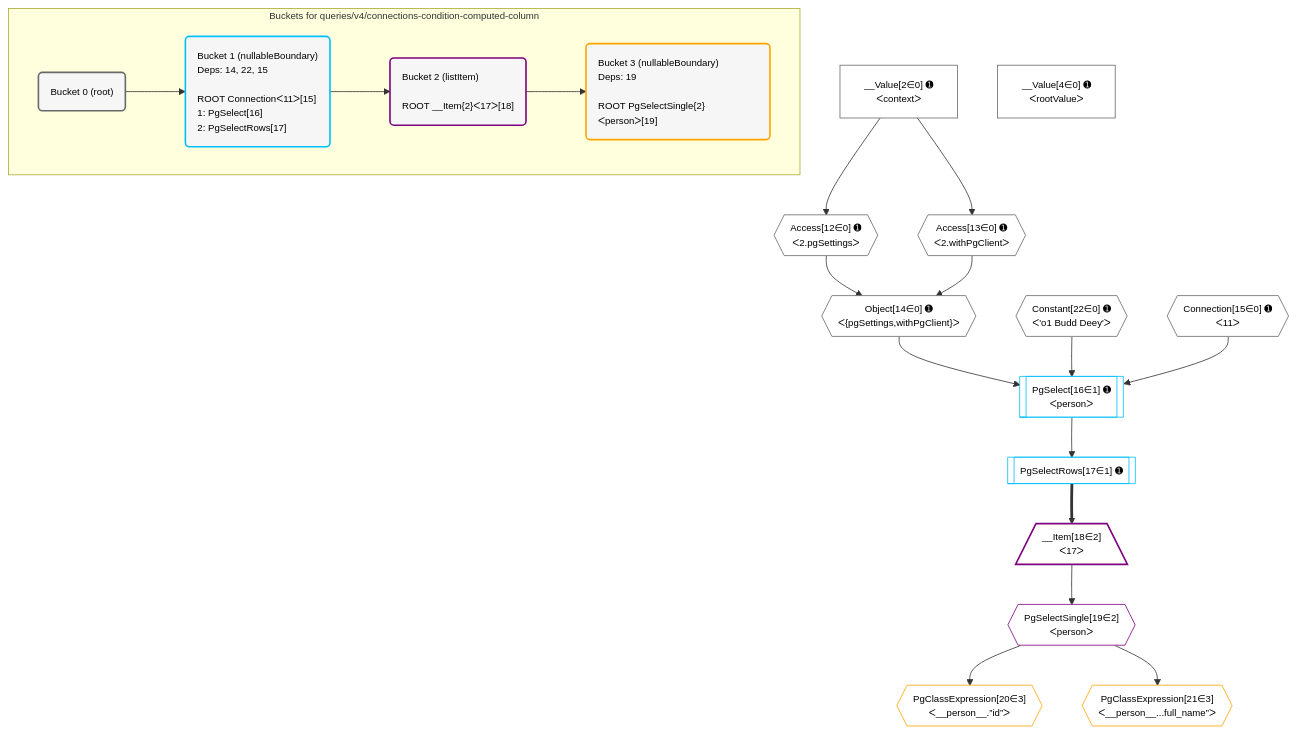
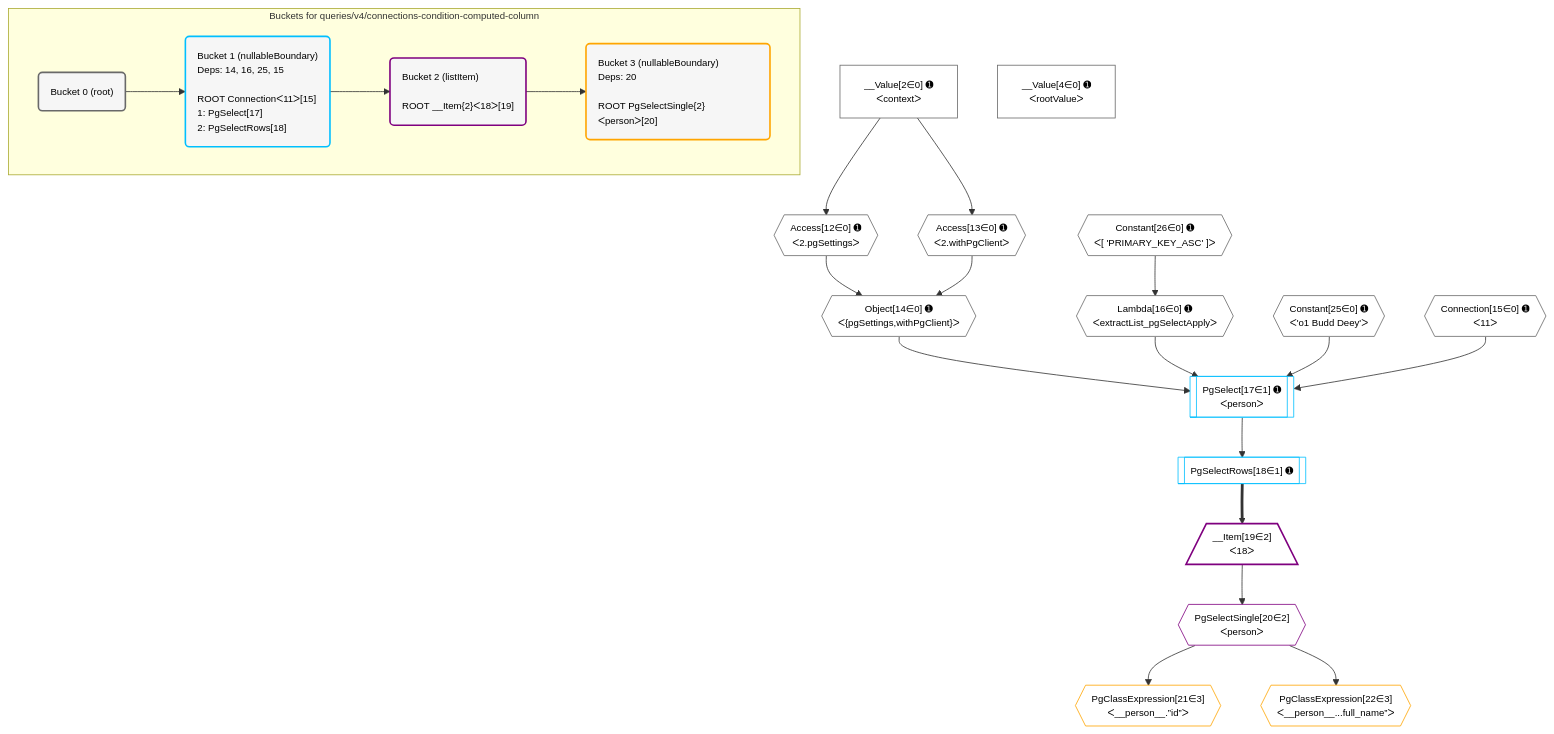
Before and after one commit to graphile/crystal: the diagram in postgraphile/postgraphile/__tests__/queries/v4/connections-condition-computed-column.mermaid, drawn with Mermaid. The commit also changed 78 other files, not shown here.

Commit message:
Update plan diagrams

```diff
--- a/postgraphile/postgraphile/__tests__/queries/v4/connections-condition-computed-column.mermaid
+++ b/postgraphile/postgraphile/__tests__/queries/v4/connections-condition-computed-column.mermaid
@@ -1,53 +1,56 @@
 %%{init: {'themeVariables': { 'fontSize': '12px'}}}%%
 graph TD
     classDef path fill:#eee,stroke:#000,color:#000
     classDef plan fill:#fff,stroke-width:1px,color:#000
     classDef itemplan fill:#fff,stroke-width:2px,color:#000
     classDef unbatchedplan fill:#dff,stroke-width:1px,color:#000
     classDef sideeffectplan fill:#fcc,stroke-width:2px,color:#000
     classDef bucket fill:#f6f6f6,color:#000,stroke-width:2px,text-align:left
 
 
     %% plan dependencies
     Object14{{"Object[14∈0] ➊<br />ᐸ{pgSettings,withPgClient}ᐳ"}}:::plan
     Access12{{"Access[12∈0] ➊<br />ᐸ2.pgSettingsᐳ"}}:::plan
     Access13{{"Access[13∈0] ➊<br />ᐸ2.withPgClientᐳ"}}:::plan
     Access12 & Access13 --> Object14
     __Value2["__Value[2∈0] ➊<br />ᐸcontextᐳ"]:::plan
     __Value2 --> Access12
     __Value2 --> Access13
+    Lambda16{{"Lambda[16∈0] ➊<br />ᐸextractList_pgSelectApplyᐳ"}}:::plan
+    Constant26{{"Constant[26∈0] ➊<br />ᐸ[ 'PRIMARY_KEY_ASC' ]ᐳ"}}:::plan
+    Constant26 --> Lambda16
     __Value4["__Value[4∈0] ➊<br />ᐸrootValueᐳ"]:::plan
     Connection15{{"Connection[15∈0] ➊<br />ᐸ11ᐳ"}}:::plan
-    Constant22{{"Constant[22∈0] ➊<br />ᐸ'o1 Budd Deey'ᐳ"}}:::plan
-    PgSelect16[["PgSelect[16∈1] ➊<br />ᐸpersonᐳ"]]:::plan
-    Object14 & Constant22 & Connection15 --> PgSelect16
-    PgSelectRows17[["PgSelectRows[17∈1] ➊"]]:::plan
-    PgSelect16 --> PgSelectRows17
-    __Item18[/"__Item[18∈2]<br />ᐸ17ᐳ"\]:::itemplan
-    PgSelectRows17 ==> __Item18
-    PgSelectSingle19{{"PgSelectSingle[19∈2]<br />ᐸpersonᐳ"}}:::plan
-    __Item18 --> PgSelectSingle19
-    PgClassExpression20{{"PgClassExpression[20∈3]<br />ᐸ__person__.”id”ᐳ"}}:::plan
-    PgSelectSingle19 --> PgClassExpression20
-    PgClassExpression21{{"PgClassExpression[21∈3]<br />ᐸ__person__...full_name”ᐳ"}}:::plan
-    PgSelectSingle19 --> PgClassExpression21
+    Constant25{{"Constant[25∈0] ➊<br />ᐸ'o1 Budd Deey'ᐳ"}}:::plan
+    PgSelect17[["PgSelect[17∈1] ➊<br />ᐸpersonᐳ"]]:::plan
+    Object14 & Lambda16 & Constant25 & Connection15 --> PgSelect17
+    PgSelectRows18[["PgSelectRows[18∈1] ➊"]]:::plan
+    PgSelect17 --> PgSelectRows18
+    __Item19[/"__Item[19∈2]<br />ᐸ18ᐳ"\]:::itemplan
+    PgSelectRows18 ==> __Item19
+    PgSelectSingle20{{"PgSelectSingle[20∈2]<br />ᐸpersonᐳ"}}:::plan
+    __Item19 --> PgSelectSingle20
+    PgClassExpression21{{"PgClassExpression[21∈3]<br />ᐸ__person__.”id”ᐳ"}}:::plan
+    PgSelectSingle20 --> PgClassExpression21
+    PgClassExpression22{{"PgClassExpression[22∈3]<br />ᐸ__person__...full_name”ᐳ"}}:::plan
+    PgSelectSingle20 --> PgClassExpression22
 
     %% define steps
 
     subgraph "Buckets for queries/v4/connections-condition-computed-column"
     Bucket0("Bucket 0 (root)"):::bucket
     classDef bucket0 stroke:#696969
-    class Bucket0,__Value2,__Value4,Access12,Access13,Object14,Connection15,Constant22 bucket0
-    Bucket1("Bucket 1 (nullableBoundary)<br />Deps: 14, 22, 15<br /><br />ROOT Connectionᐸ11ᐳ[15]<br />1: PgSelect[16]<br />2: PgSelectRows[17]"):::bucket
+    class Bucket0,__Value2,__Value4,Access12,Access13,Object14,Connection15,Lambda16,Constant25,Constant26 bucket0
+    Bucket1("Bucket 1 (nullableBoundary)<br />Deps: 14, 16, 25, 15<br /><br />ROOT Connectionᐸ11ᐳ[15]<br />1: PgSelect[17]<br />2: PgSelectRows[18]"):::bucket
     classDef bucket1 stroke:#00bfff
-    class Bucket1,PgSelect16,PgSelectRows17 bucket1
-    Bucket2("Bucket 2 (listItem)<br /><br />ROOT __Item{2}ᐸ17ᐳ[18]"):::bucket
+    class Bucket1,PgSelect17,PgSelectRows18 bucket1
+    Bucket2("Bucket 2 (listItem)<br /><br />ROOT __Item{2}ᐸ18ᐳ[19]"):::bucket
     classDef bucket2 stroke:#7f007f
-    class Bucket2,__Item18,PgSelectSingle19 bucket2
-    Bucket3("Bucket 3 (nullableBoundary)<br />Deps: 19<br /><br />ROOT PgSelectSingle{2}ᐸpersonᐳ[19]"):::bucket
+    class Bucket2,__Item19,PgSelectSingle20 bucket2
+    Bucket3("Bucket 3 (nullableBoundary)<br />Deps: 20<br /><br />ROOT PgSelectSingle{2}ᐸpersonᐳ[20]"):::bucket
     classDef bucket3 stroke:#ffa500
-    class Bucket3,PgClassExpression20,PgClassExpression21 bucket3
+    class Bucket3,PgClassExpression21,PgClassExpression22 bucket3
     Bucket0 --> Bucket1
     Bucket1 --> Bucket2
     Bucket2 --> Bucket3
     end
```
